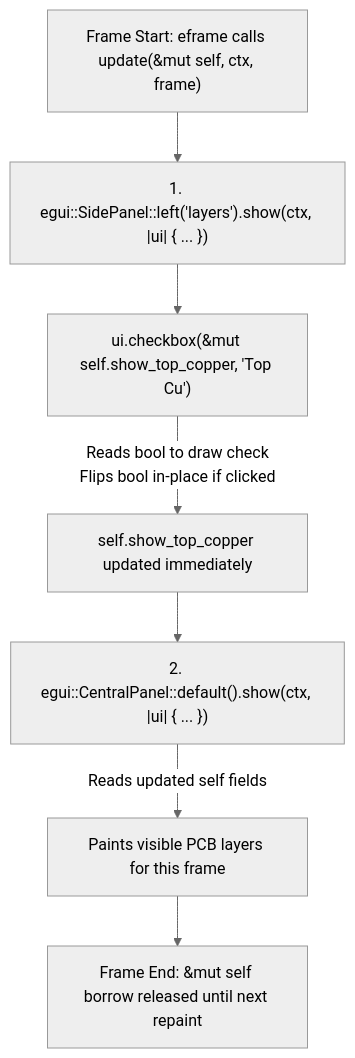
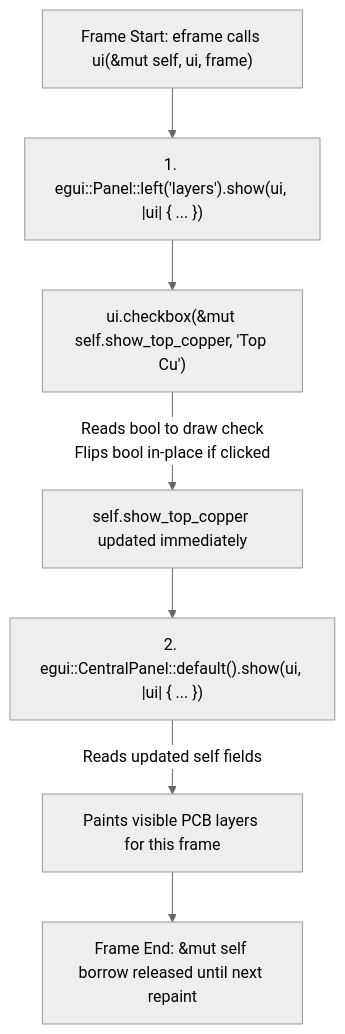
Before and after one commit to domesticmouse/learn-egui: the diagram in lessons/0002-the-immediate-mode-loop.md, drawn with Mermaid (neutral theme). The commit also changed other lines of this file and 191 other files, not shown here.

````diff
--- a/lessons/0002-the-immediate-mode-loop.md
+++ b/lessons/0002-the-immediate-mode-loop.md
@@ -24,9 +24,9 @@
 ```mermaid
 flowchart TD
-    Start["Frame Start: eframe calls update(&mut self, ctx, frame)"] --> Side["1. egui::SidePanel::left('layers').show(ctx, |ui| { ... })"]
+    Start["Frame Start: eframe calls ui(&mut self, ui, frame)"] --> Side["1. egui::Panel::left('layers').show(ui, |ui| { ... })"]
     Side --> Check["ui.checkbox(&mut self.show_top_copper, 'Top Cu')"]
     Check -->|"Reads bool to draw check<br/>Flips bool in-place if clicked"| Mutated["self.show_top_copper updated immediately"]
-    Mutated --> Central["2. egui::CentralPanel::default().show(ctx, |ui| { ... })"]
+    Mutated --> Central["2. egui::CentralPanel::default().show(ui, |ui| { ... })"]
     Central -->|"Reads updated self fields"| Paint["Paints visible PCB layers for this frame"]
     Paint --> End["Frame End: &mut self borrow released until next repaint"]
 ```
````
